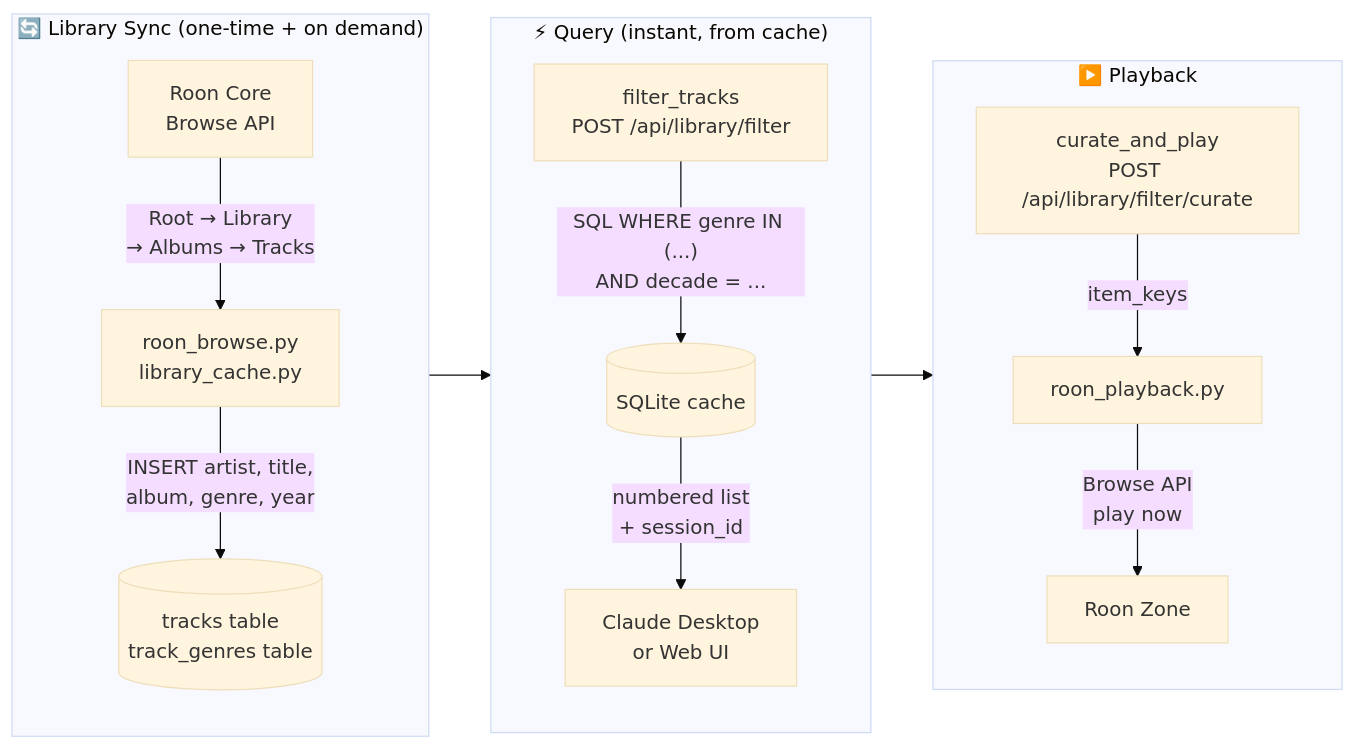
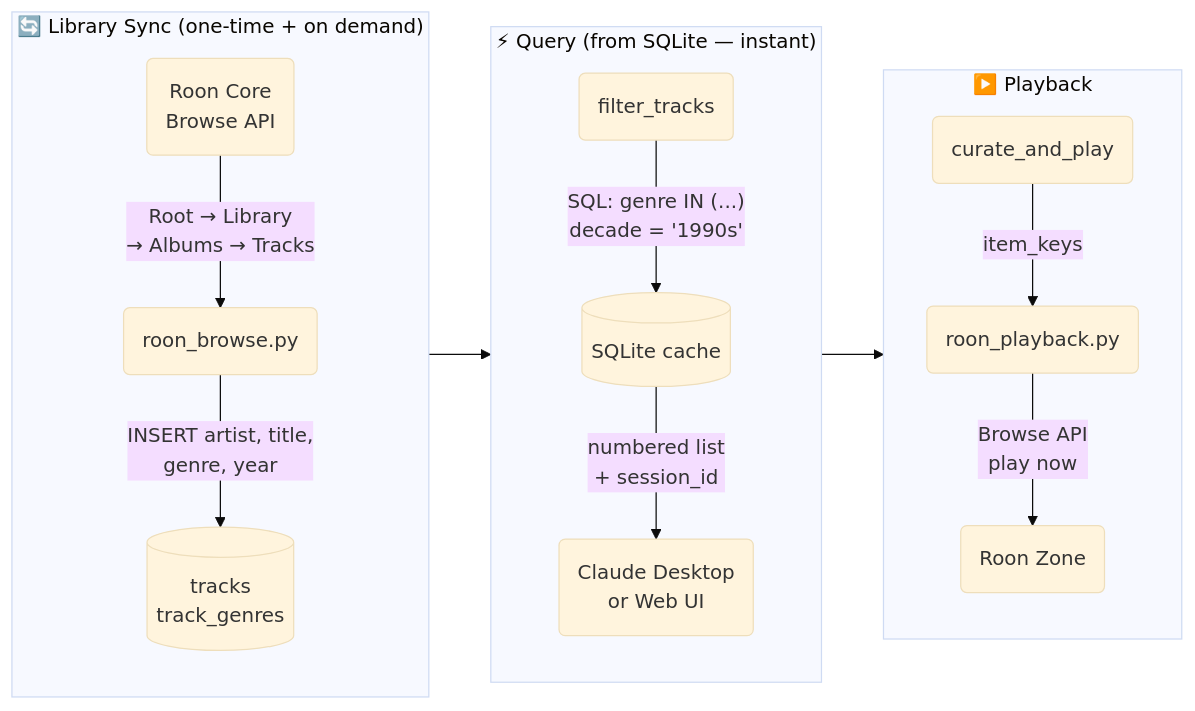
The second of 5 diagrams in README.md (Georgemvp/roonsage), drawn with Mermaid (base theme) before and after one commit. The commit also changed other lines of this file, not shown here.

Commit message:
docs: README v6.0 redesign — Mermaid diagrams, ToC, collapsible API, screenshots

````diff
--- a/README.md
+++ b/README.md
@@ -44,23 +76,32 @@
 ```mermaid
 flowchart LR
-    subgraph Sync ["🔄 Library Sync (one-time + on demand)"]
+    subgraph sync["🔄 Library Sync (one-time + on demand)"]
         direction TB
-        A[Roon Core<br/>Browse API] -->|"Root → Library<br/>→ Albums → Tracks"| B[roon_browse.py<br/>library_cache.py]
-        B -->|"INSERT artist, title,<br/>album, genre, year"| C[(tracks table<br/>track_genres table)]
+        A("Roon Core<br/>Browse API")
+        B("roon_browse.py")
+        C[("tracks<br/>track_genres")]
+        A -->|"Root → Library<br/>→ Albums → Tracks"| B
+        B -->|"INSERT artist, title,<br/>genre, year"| C
     end
 
-    subgraph Query ["⚡ Query (instant, from cache)"]
+    subgraph query["⚡ Query (from SQLite — instant)"]
         direction TB
-        D[filter_tracks<br/>POST /api/library/filter] -->|"SQL WHERE genre IN (...)<br/>AND decade = ..."| E[(SQLite cache)]
-        E -->|numbered list<br/>+ session_id| F[Claude Desktop<br/>or Web UI]
+        D("filter_tracks")
+        E[("SQLite cache")]
+        F("Claude Desktop<br/>or Web UI")
+        D -->|"SQL: genre IN (...)<br/>decade = '1990s'"| E
+        E -->|"numbered list<br/>+ session_id"| F
     end
 
-    subgraph Play ["▶️ Playback"]
+    subgraph play["▶️ Playback"]
         direction TB
-        G[curate_and_play<br/>POST /api/library/filter/curate] -->|item_keys| H[roon_playback.py]
-        H -->|Browse API<br/>play now| I[Roon Zone]
+        G("curate_and_play")
+        H("roon_playback.py")
+        I("Roon Zone")
+        G -->|"item_keys"| H
+        H -->|"Browse API<br/>play now"| I
     end
 
     C --> E
     F --> G
 ```
````
